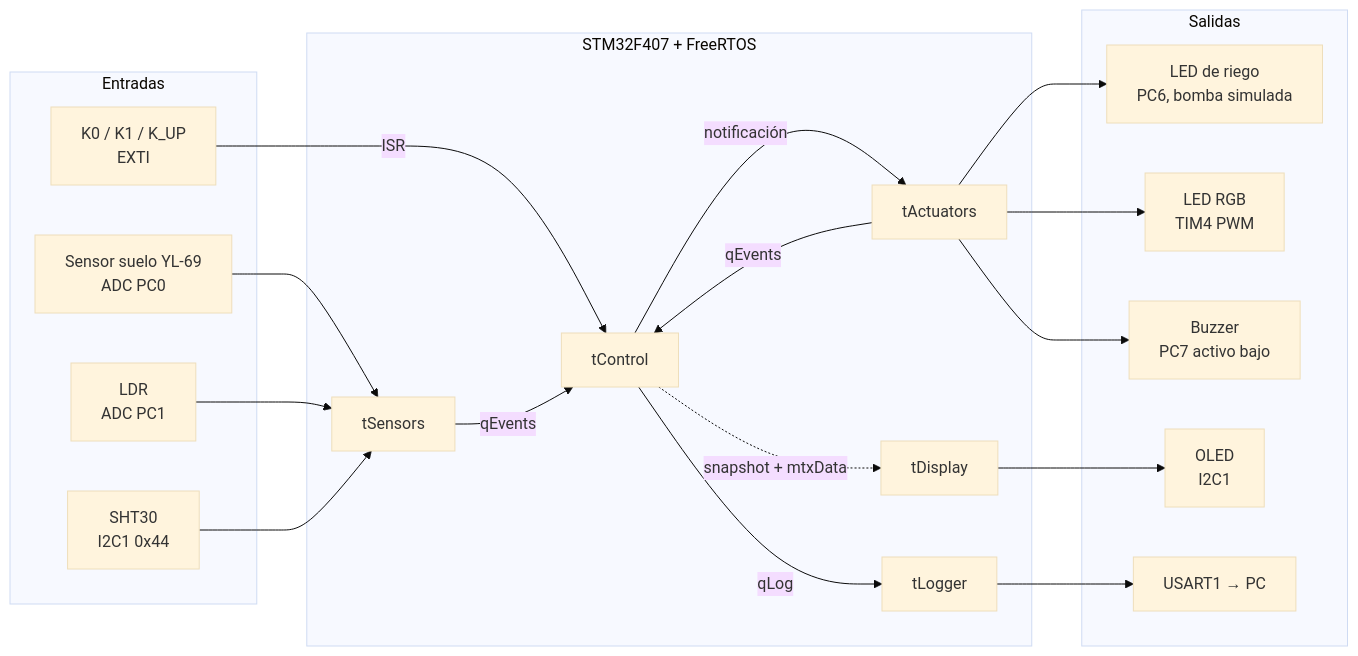
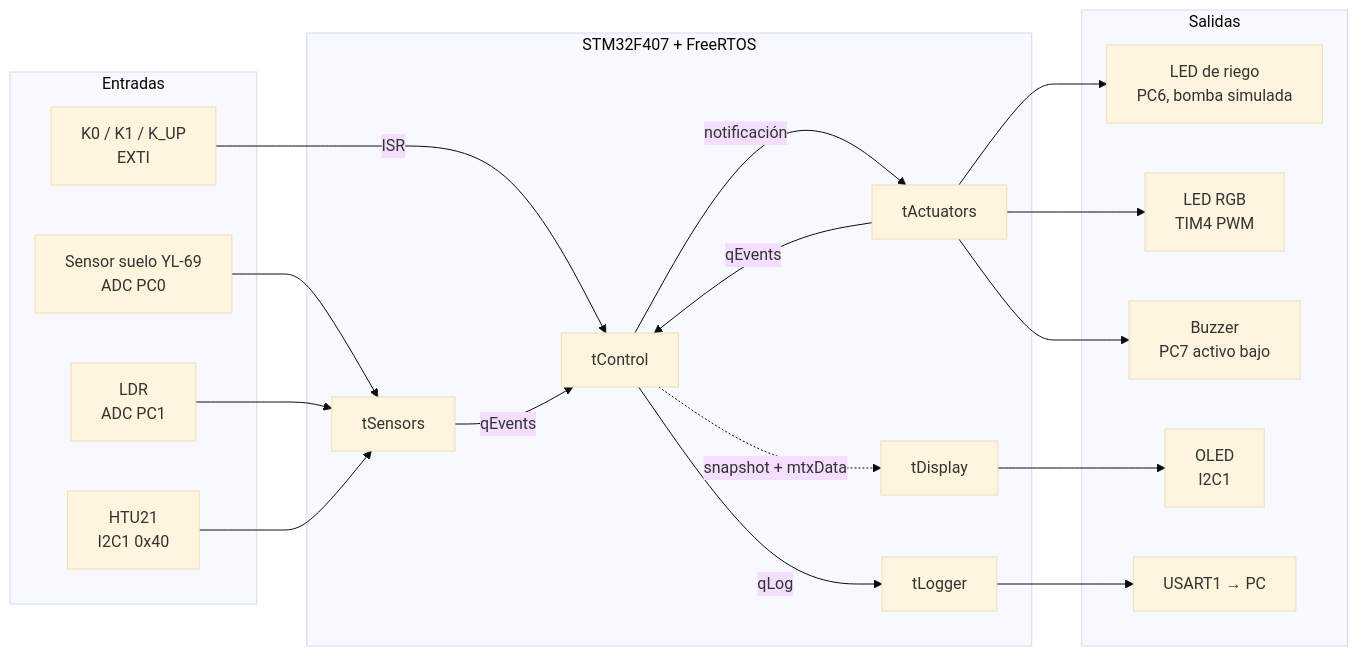
One commit to GildardoRestrepo/greenhouse_Mata_freeRTOS changed the first of 3 diagrams in docs/arquitectura.md. Above: the diagram before and after it, drawn with Mermaid (base theme). The commit also changed other lines of this file and 5 other files, not shown here.

Commit message:
docs: cambiar SHT30 por HTU21 en propuesta, arquitectura, BOM y pruebas

````diff
--- a/docs/arquitectura.md
+++ b/docs/arquitectura.md
@@ -18,35 +18,35 @@
 ```mermaid
 flowchart LR
   subgraph Entradas
     SOIL[Sensor suelo YL-69<br/>ADC PC0]
     LDR[LDR<br/>ADC PC1]
-    AHT[SHT30<br/>I2C1 0x44]
+    AHT[HTU21<br/>I2C1 0x40]
     BTN[K0 / K1 / K_UP<br/>EXTI]
   end
   subgraph STM32F407 + FreeRTOS
     SEN[tSensors]
     CTL[tControl]
     ACT[tActuators]
     DSP[tDisplay]
     LOG[tLogger]
   end
   subgraph Salidas
     PUMP[LED de riego<br/>PC6, bomba simulada]
     RGB[LED RGB<br/>TIM4 PWM]
     BUZ[Buzzer<br/>PC7 activo bajo]
     OLED[OLED<br/>I2C1]
     UART[USART1 → PC]
   end
   SOIL --> SEN
   LDR --> SEN
   AHT --> SEN
   BTN -- ISR --> CTL
   SEN -- qEvents --> CTL
   CTL -- notificación --> ACT
   ACT -- qEvents --> CTL
   ACT --> PUMP & RGB & BUZ
   DSP --> OLED
   CTL -. snapshot + mtxData .-> DSP
   CTL -- qLog --> LOG
   LOG --> UART
 ```
````
